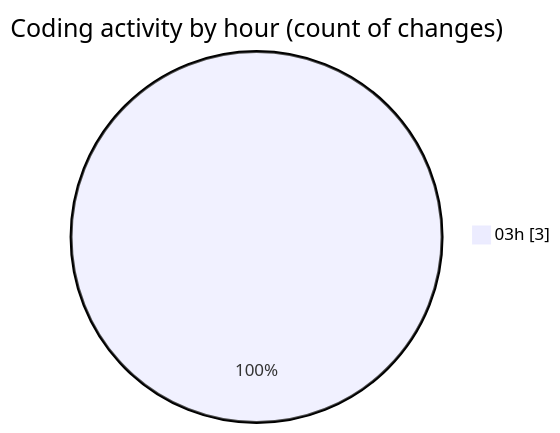
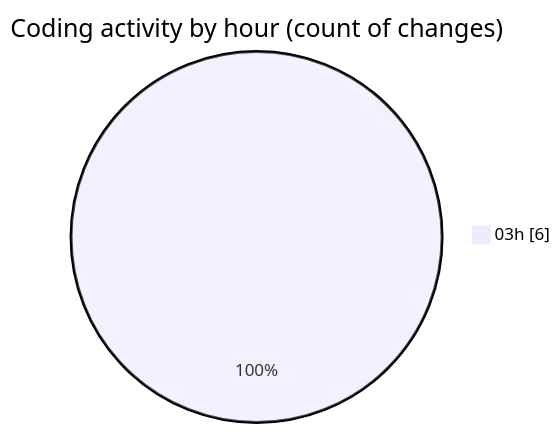
One commit to julien-gomy/code-tracking changed the second of 2 diagrams in 2025-10-30/eventscop-frontend-guide__workspace_/README.md. Above: the diagram before and after it, drawn with Mermaid. The commit also changed other lines of this file and 1 other file, not shown here.

````diff
--- a/2025-10-30/eventscop-frontend-guide__workspace_/README.md
+++ b/2025-10-30/eventscop-frontend-guide__workspace_/README.md
@@ -30,5 +31,5 @@
 ```mermaid
 pie showData
 title Coding activity by hour (count of changes)
-"03h" : 3
+"03h" : 6
 ```
````
